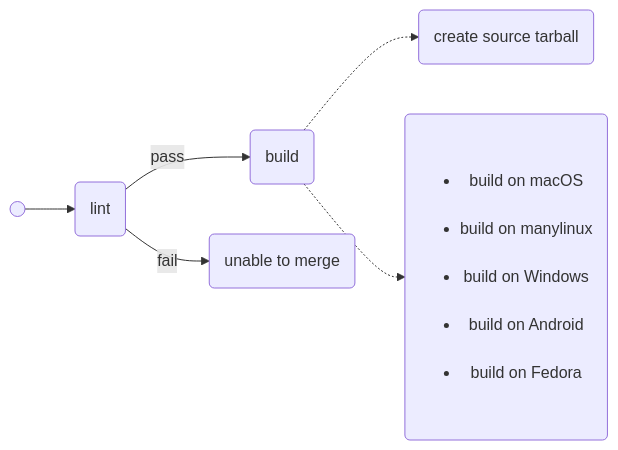
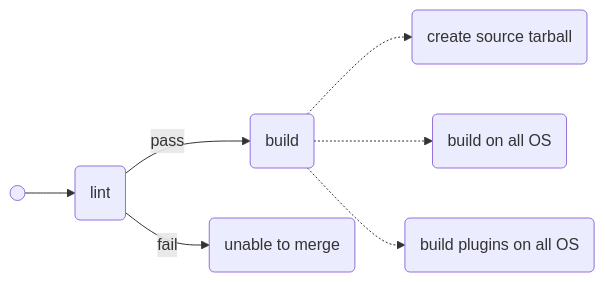
The first of 2 diagrams in .github/workflows/README.md (WasmEdge/WasmEdge), drawn with Mermaid before and after one commit. The commit also changed other lines of this file, not shown here.

````diff
--- a/.github/workflows/README.md
+++ b/.github/workflows/README.md
@@ -6,15 +6,10 @@
 ```mermaid
 flowchart LR
     %% _ is the starting point of everything
     _(( ))-->lint(lint)
     lint-->|pass|build(build)
     lint-->|fail|reject(unable to merge)
     build-.->source(create source tarball)
-    build-.->oss("<ul>
-      <li>build on macOS</li>
-      <li>build on manylinux</li>
-      <li>build on Windows</li>
-      <li>build on Android</li>
-      <li>build on Fedora</li>
-    </ul>")
+    build-.->oss("build on all OS")
+    build-.->ext("build plugins on all OS")
 ```
````
